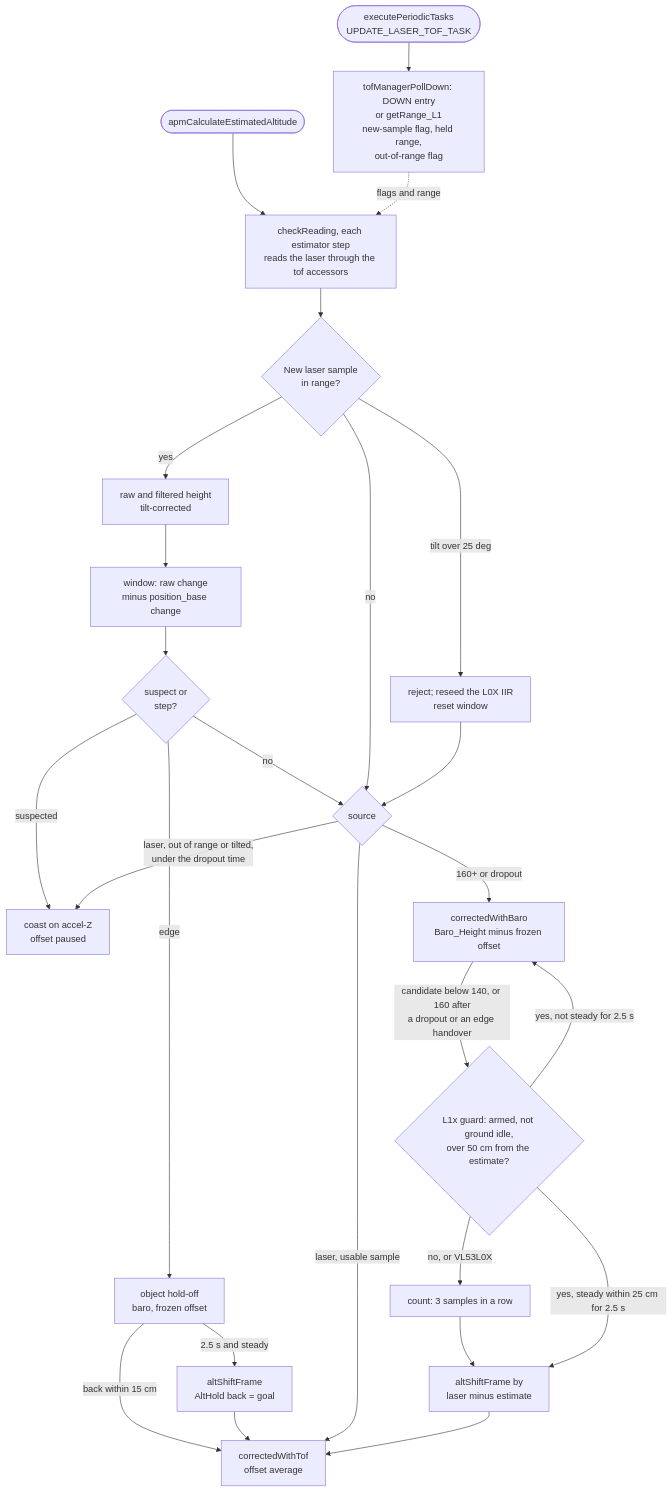
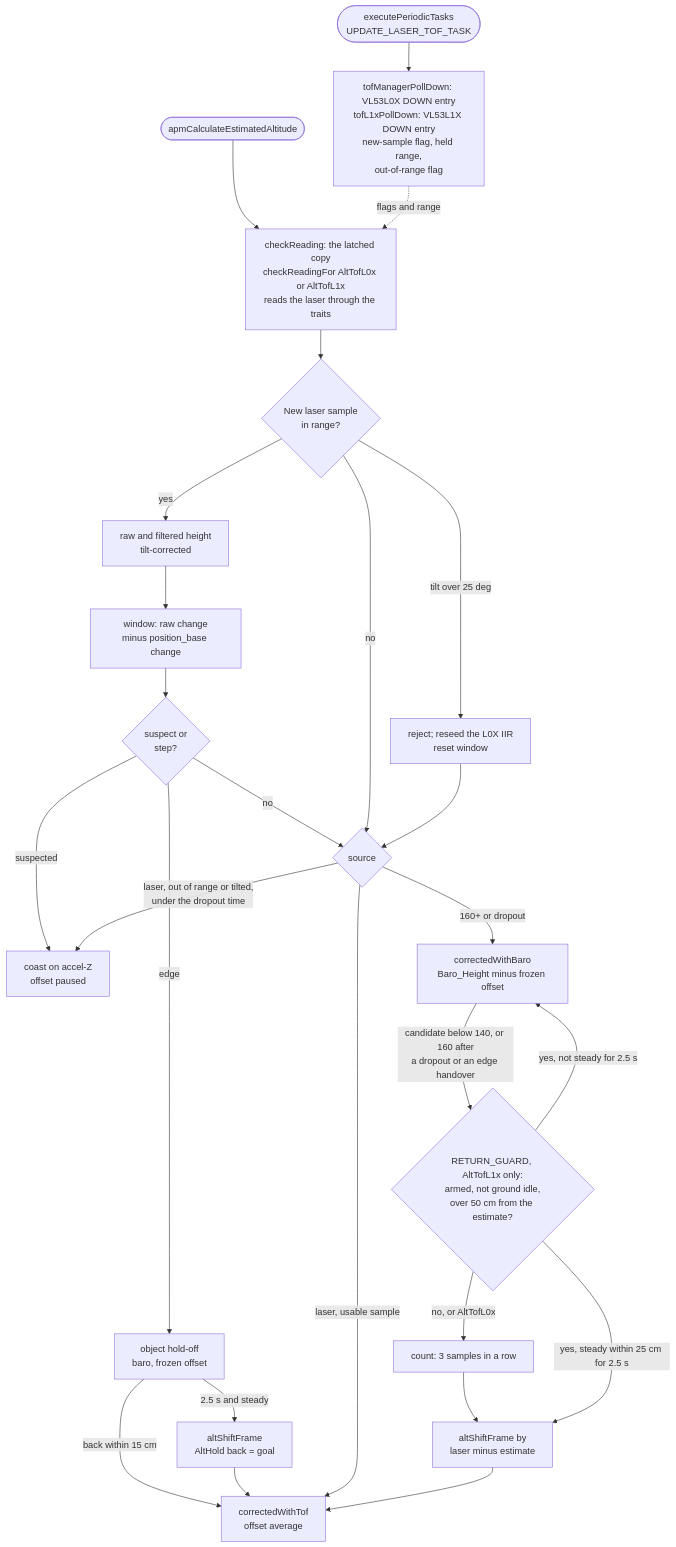
The second of 4 diagrams in docs/fw-development-reference/fw-architecture-pipeline/subsystems/Altitude_Hold_Estimator.md (DronaAviation/MagisV2), drawn with Mermaid before and after one commit. The commit also changed other lines of this file and 51 other files, not shown here.

````diff
--- a/docs/fw-development-reference/fw-architecture-pipeline/subsystems/Altitude_Hold_Estimator.md
+++ b/docs/fw-development-reference/fw-architecture-pipeline/subsystems/Altitude_Hold_Estimator.md
@@ -358,28 +398,28 @@
 ```mermaid
 flowchart TD
-    Task([executePeriodicTasks<br/>UPDATE_LASER_TOF_TASK]) --> Drv[tofManagerPollDown: DOWN entry<br/>or getRange_L1<br/>new-sample flag, held range,<br/>out-of-range flag]
-    Est([apmCalculateEstimatedAltitude]) --> Tick[checkReading, each estimator step<br/>reads the laser through the tof accessors]
+    Task([executePeriodicTasks<br/>UPDATE_LASER_TOF_TASK]) --> Drv[tofManagerPollDown: VL53L0X DOWN entry<br/>tofL1xPollDown: VL53L1X DOWN entry<br/>new-sample flag, held range,<br/>out-of-range flag]
+    Est([apmCalculateEstimatedAltitude]) --> Tick[checkReading: the latched copy<br/>checkReadingFor AltTofL0x or AltTofL1x<br/>reads the laser through the traits]
     Drv -. flags and range .-> Tick
     Tick --> New{New laser sample<br/>in range?}
     New -- tilt over 25 deg --> Rej[reject; reseed the L0X IIR<br/>reset window]
     New -- yes --> Raw[raw and filtered height<br/>tilt-corrected]
     Raw --> Win[window: raw change<br/>minus position_base change]
     Win --> Sus{suspect or<br/>step?}
     Sus -- edge --> Hold[object hold-off<br/>baro, frozen offset]
     Hold -- back within 15 cm --> Laser
     Hold -- 2.5 s and steady --> Rebase[altShiftFrame<br/>AltHold back = goal]
     Rebase --> Laser
     Sus -- suspected --> Coast[coast on accel-Z<br/>offset paused]
     Sus -- no --> Band{source}
     New -- no --> Band
     Rej --> Band
     Band -- laser, usable sample --> Laser[correctedWithTof<br/>offset average]
     Band -- laser, out of range or tilted,<br/>under the dropout time --> Coast
     Band -- 160+ or dropout --> BaroP[correctedWithBaro<br/>Baro_Height minus frozen offset]
-    BaroP -- candidate below 140, or 160 after<br/>a dropout or an edge handover --> Guard{L1x guard: armed, not ground idle,<br/>over 50 cm from the estimate?}
-    Guard -- no, or VL53L0X --> Cnt[count: 3 samples in a row]
+    BaroP -- candidate below 140, or 160 after<br/>a dropout or an edge handover --> Guard{RETURN_GUARD, AltTofL1x only:<br/>armed, not ground idle,<br/>over 50 cm from the estimate?}
+    Guard -- no, or AltTofL0x --> Cnt[count: 3 samples in a row]
     Cnt --> Ret[altShiftFrame by<br/>laser minus estimate]
     Guard -- yes, not steady for 2.5 s --> BaroP
     Guard -- yes, steady within 25 cm for 2.5 s --> Ret
     Ret --> Laser
 ```
````
